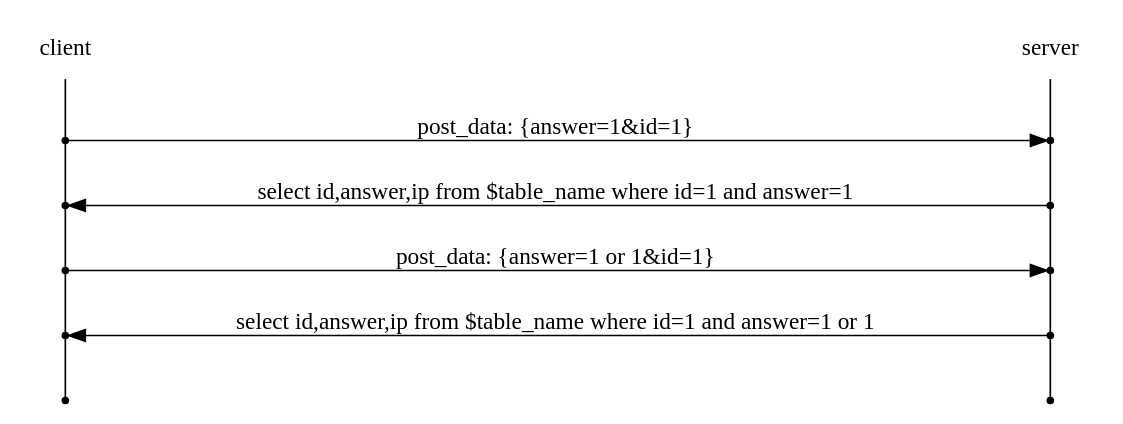
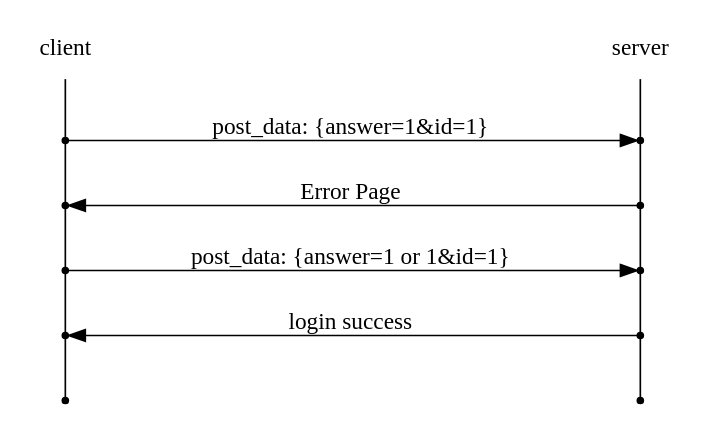
The diagram in docs/web/Blind SQL Injection/[webhacking] 03.rst (joizel/ctf_writeup), drawn with Graphviz before and after one commit. The commit also changed other lines of this file and 13 other files, not shown here.

```diff
--- a/docs/web/Blind SQL Injection/[webhacking] 03.rst
+++ b/docs/web/Blind SQL Injection/[webhacking] 03.rst
@@ -7,23 +7,23 @@
 .. graphviz::
 
     digraph G {
         rankdir="LR";
         node[shape="point"];
         edge[arrowhead="none"]
 
         {
             rank="same";
             "client"[shape="plaintext"];
             "client" -> step0 -> step2 -> step4 -> step6 -> step8;
         }
 
         {
             rank="same";
             "server"[shape="plaintext"];
             "server" -> step1 -> step3 -> step5 -> step7 -> step9;
         }
         step0 -> step1[label="post_data: {answer=1&id=1}",arrowhead="normal"];
-        step3 -> step2[label="select id,answer,ip from $table_name where id=1 and answer=1",arrowhead="normal"];
+        step3 -> step2[label="Error Page",arrowhead="normal"];
         step4 -> step5[label="post_data: {answer=1 or 1&id=1}",arrowhead="normal"];
-        step7 -> step6[label="select id,answer,ip from $table_name where id=1 and answer=1 or 1",arrowhead="normal"];
+        step7 -> step6[label="login success",arrowhead="normal"];
     }
```
